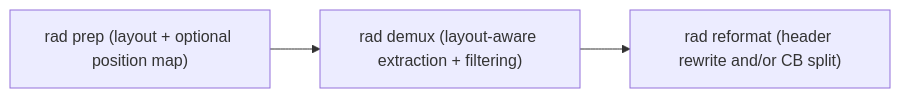
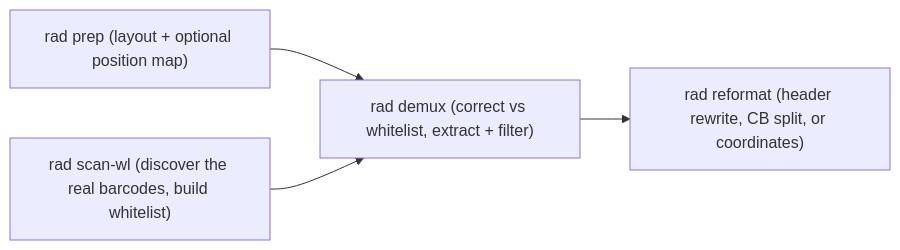
One commit to indianewok/rad changed the diagram in README.md. Above: the diagram before and after it, drawn with Mermaid. The commit also changed other lines of this file and 6 other files, not shown here.

````diff
--- a/README.md
+++ b/README.md
@@ -22,5 +22,6 @@
 ```mermaid
 flowchart LR
-    A["rad prep (layout + optional position map)"] --> B["rad demux (layout-aware extraction + filtering)"]
-    B --> C["rad reformat (header rewrite and/or CB split)"]
+    P["rad prep (layout + optional position map)"] --> D
+    S["rad scan-wl (discover the real barcodes, build whitelist)"] --> D["rad demux (correct vs whitelist, extract + filter)"]
+    D --> R["rad reformat (header rewrite, CB split, or coordinates)"]
 ```
````
